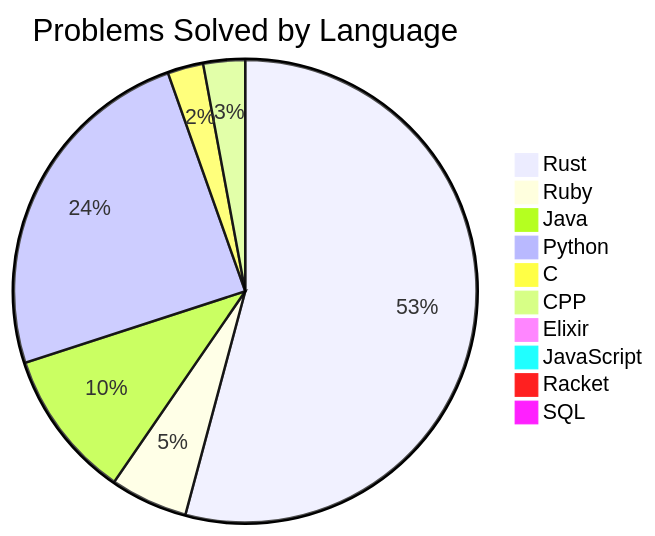
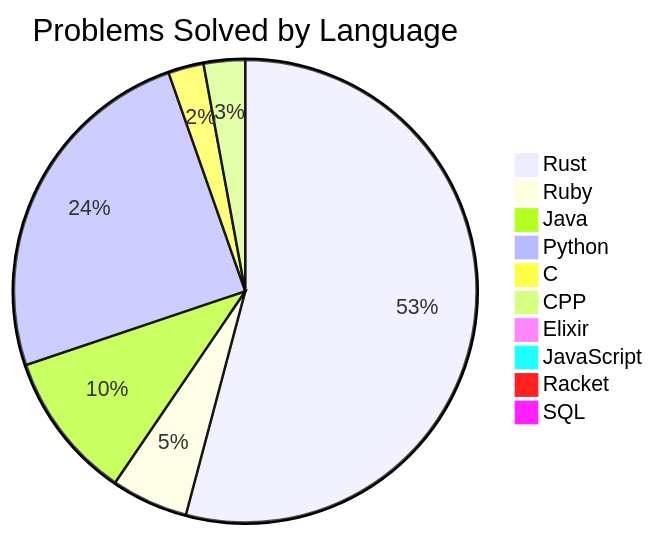
Before and after one commit to Liam-Wirth/leetcode-solutions: the diagram in README.md, drawn with Mermaid. The commit also changed other lines of this file and 6 other files, not shown here.

````diff
--- a/README.md
+++ b/README.md
@@ -29,13 +29,13 @@
 ```mermaid
 pie title Problems Solved by Language
-    "Rust": 130
+    "Rust": 131
     "Ruby": 13
     "Java": 25
-    "Python": 59
+    "Python": 60
     "C": 6
     "CPP": 7
     "Elixir": 1
     "JavaScript": 2
     "Racket": 1
     "SQL": 2
 ```
````
